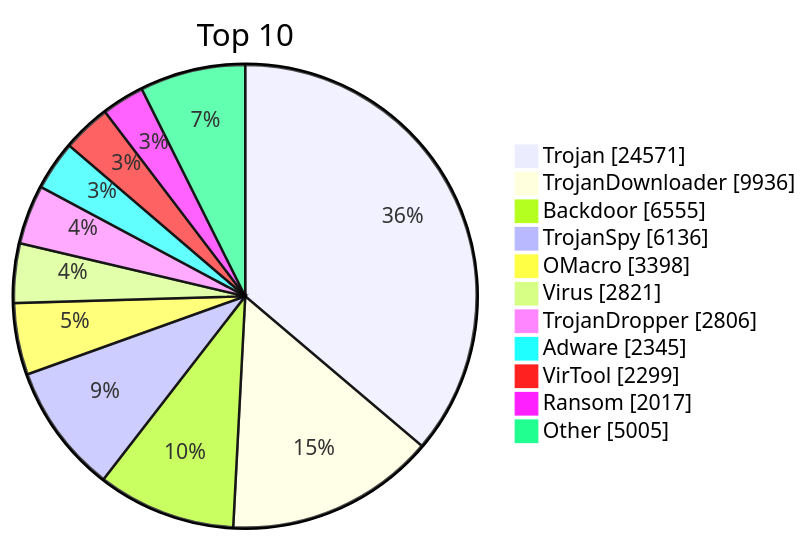
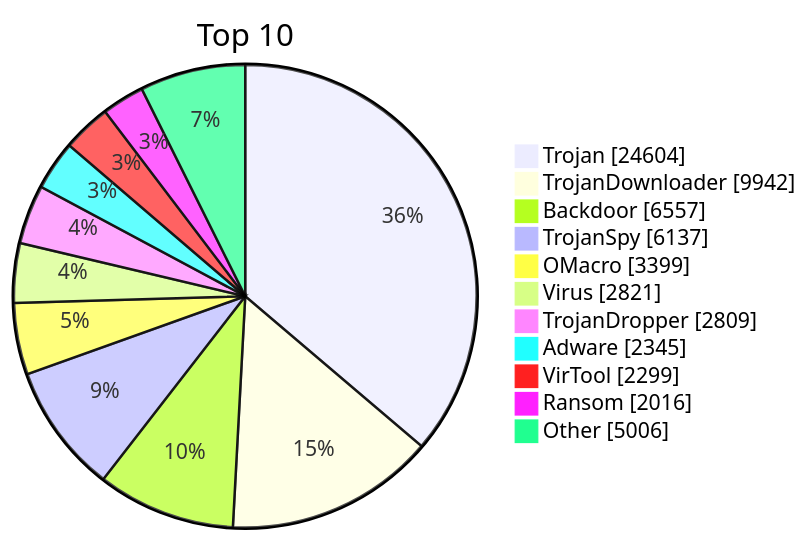
One commit to JerryLinLinLin/huorong-virdb-changelog changed the diagram in README.md. Above: the diagram before and after it, drawn with Mermaid. The commit also changed other lines of this file and 15 other files, not shown here.

````diff
--- a/README.md
+++ b/README.md
@@ -19,15 +19,15 @@
 ```mermaid
 pie showData
     title Top 10
-    "Trojan" : 24571
-    "TrojanDownloader" : 9936
-    "Backdoor" : 6555
-    "TrojanSpy" : 6136
-    "OMacro" : 3398
+    "Trojan" : 24604
+    "TrojanDownloader" : 9942
+    "Backdoor" : 6557
+    "TrojanSpy" : 6137
+    "OMacro" : 3399
     "Virus" : 2821
-    "TrojanDropper" : 2806
+    "TrojanDropper" : 2809
     "Adware" : 2345
     "VirTool" : 2299
-    "Ransom" : 2017
-    "Other" : 5005
+    "Ransom" : 2016
+    "Other" : 5006
 ```
````
